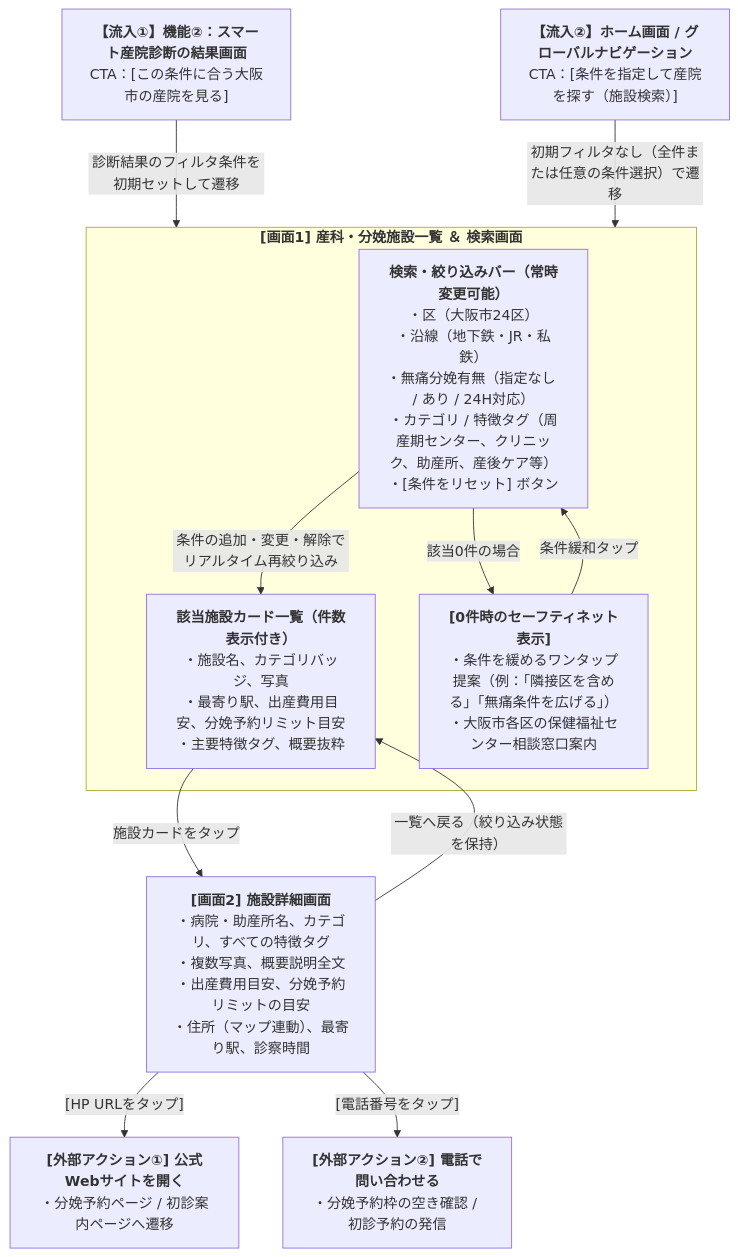
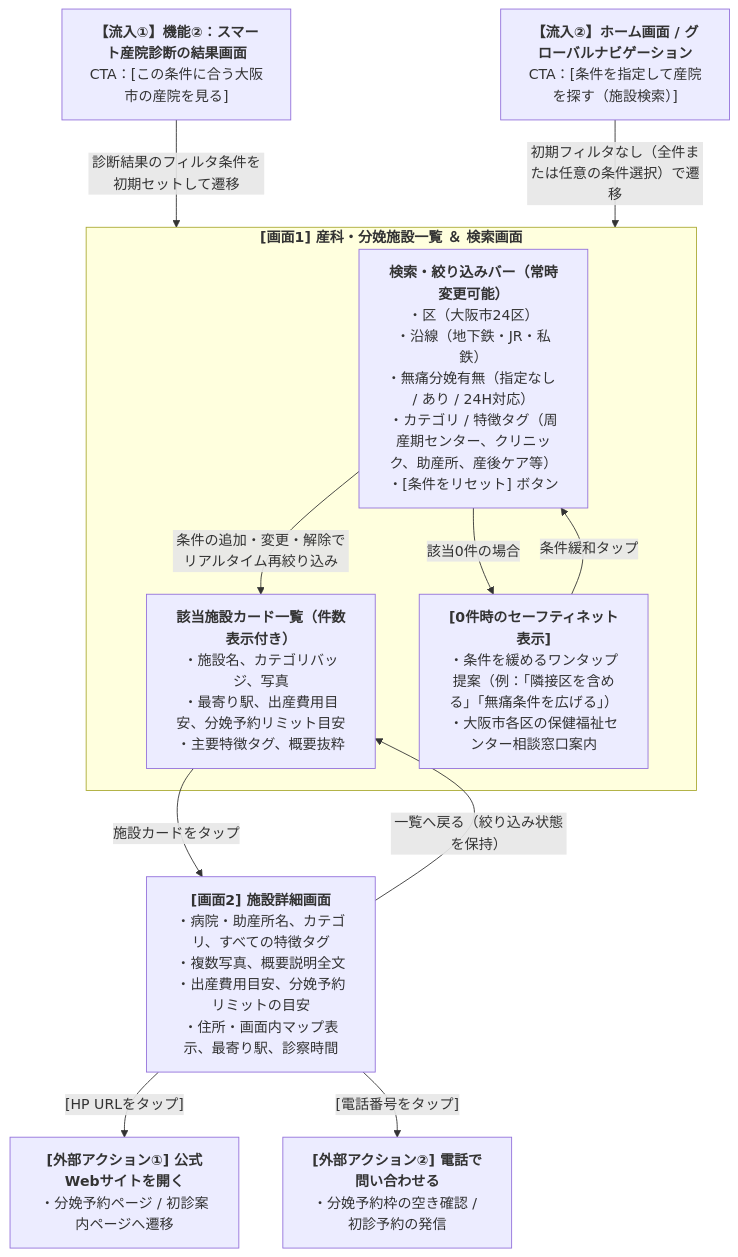
Before and after one commit to ubugoes/documents: the diagram in design/ubunavi-osaka-func3-ux-spec.md, drawn with Mermaid. The commit also changed other lines of this file, not shown here.

Commit message:
詳細画面のマップ表示を追加

````diff
--- a/design/ubunavi-osaka-func3-ux-spec.md
+++ b/design/ubunavi-osaka-func3-ux-spec.md
@@ -23,28 +23,28 @@
 ```mermaid
 flowchart TD
     Entry_Diag["<b>【流入①】機能②：スマート産院診断の結果画面</b><br>CTA：[この条件に合う大阪市の産院を見る]"]
     Entry_Direct["<b>【流入②】ホーム画面 / グローバルナビゲーション</b><br>CTA：[条件を指定して産院を探す（施設検索）]"]
 
     subgraph SearchScreen ["<b>[画面1] 産科・分娩施設一覧 ＆ 検索画面</b>"]
         FilterBar["<b>検索・絞り込みバー（常時変更可能）</b><br>・区（大阪市24区）<br>・沿線（地下鉄・JR・私鉄）<br>・無痛分娩有無（指定なし / あり / 24H対応）<br>・カテゴリ / 特徴タグ（周産期センター、クリニック、助産所、産後ケア等）<br>・[条件をリセット] ボタン"]
         CardList["<b>該当施設カード一覧（件数表示付き）</b><br>・施設名、カテゴリバッジ、写真<br>・最寄り駅、出産費用目安、分娩予約リミット目安<br>・主要特徴タグ、概要抜粋"]
         EmptyState["<b>[0件時のセーフティネット表示]</b><br>・条件を緩めるワンタップ提案（例：「隣接区を含める」「無痛条件を広げる」）<br>・大阪市各区の保健福祉センター相談窓口案内"]
     end
 
-    DetailScreen["<b>[画面2] 施設詳細画面</b><br>・病院・助産所名、カテゴリ、すべての特徴タグ<br>・複数写真、概要説明全文<br>・出産費用目安、分娩予約リミットの目安<br>・住所（マップ連動）、最寄り駅、診察時間"]
+    DetailScreen["<b>[画面2] 施設詳細画面</b><br>・病院・助産所名、カテゴリ、すべての特徴タグ<br>・複数写真、概要説明全文<br>・出産費用目安、分娩予約リミットの目安<br>・住所・画面内マップ表示、最寄り駅、診察時間"]
 
     Action_Web["<b>[外部アクション①] 公式Webサイトを開く</b><br>・分娩予約ページ / 初診案内ページへ遷移"]
     Action_Tel["<b>[外部アクション②] 電話で問い合わせる</b><br>・分娩予約枠の空き確認 / 初診予約の発信"]
 
     Entry_Diag -- "診断結果のフィルタ条件を初期セットして遷移" --> SearchScreen
     Entry_Direct -- "初期フィルタなし（全件または任意の条件選択）で遷移" --> SearchScreen
 
     FilterBar -- "条件の追加・変更・解除でリアルタイム再絞り込み" --> CardList
     FilterBar -- "該当0件の場合" --> EmptyState
     EmptyState -- "条件緩和タップ" --> FilterBar
 
     CardList -- "施設カードをタップ" --> DetailScreen
     DetailScreen -- "一覧へ戻る（絞り込み状態を保持）" --> CardList
     DetailScreen -- "[HP URLをタップ]" --> Action_Web
     DetailScreen -- "[電話番号をタップ]" --> Action_Tel
 ```
````
